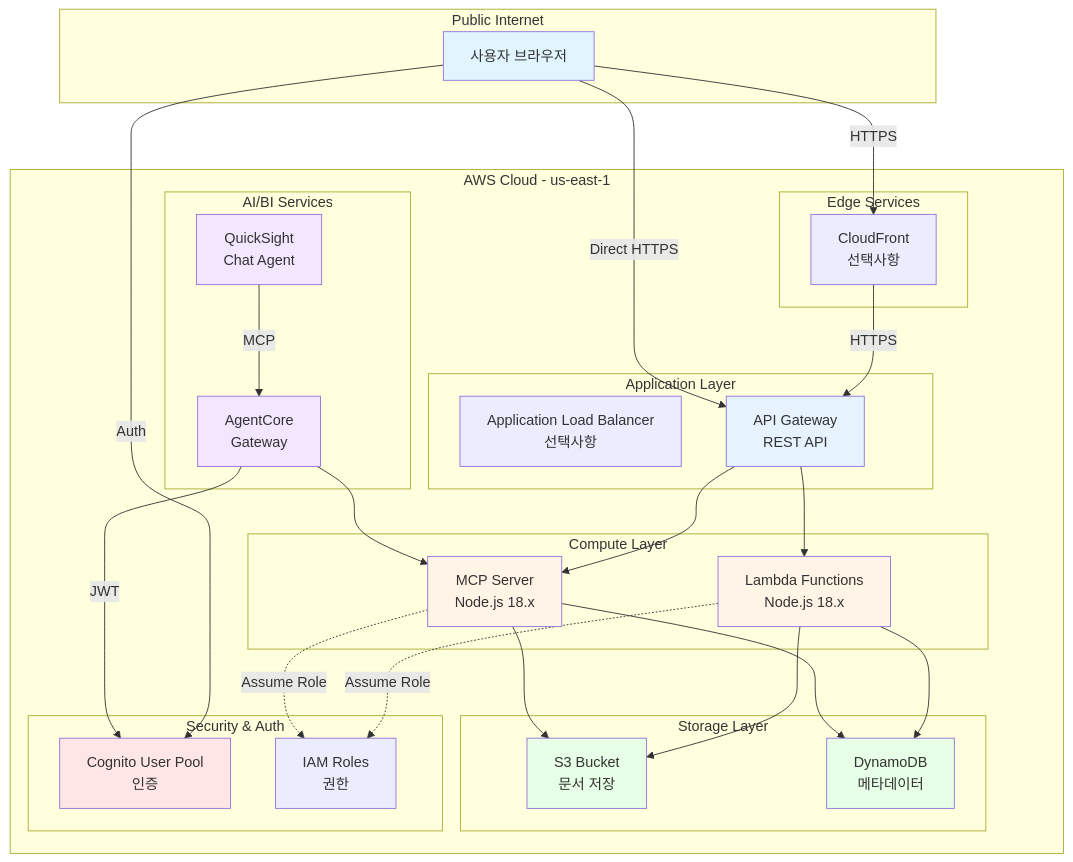
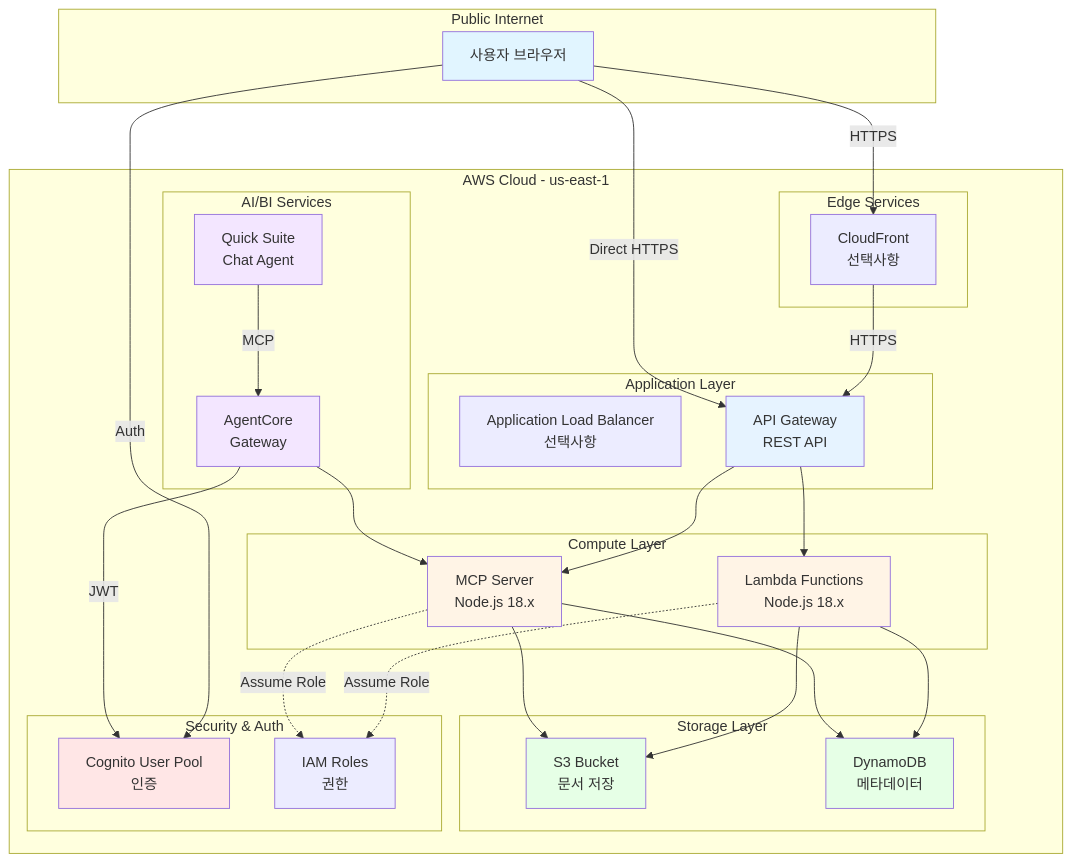
One commit to ironpe/architecture-review-using-quicksuite-chatagent-embeding changed the seventh of 9 diagrams in docs/ARCHITECTURE.md. Above: the diagram before and after it, drawn with Mermaid. The commit also changed other lines of this file, not shown here.

Commit message:
docs: rename QuickSight to Quick Suite in ARCHITECTURE.md

````diff
--- a/docs/ARCHITECTURE.md
+++ b/docs/ARCHITECTURE.md
@@ -281,67 +281,67 @@
 ```mermaid
 graph TB
     subgraph "Public Internet"
         Browser[사용자 브라우저]
     end
 
     subgraph "AWS Cloud - us-east-1"
         subgraph "Edge Services"
             CloudFront[CloudFront<br/>선택사항]
         end
 
         subgraph "Application Layer"
             ALB[Application Load Balancer<br/>선택사항]
             APIGW[API Gateway<br/>REST API]
         end
 
         subgraph "Compute Layer"
             Lambda1[Lambda Functions<br/>Node.js 18.x]
             Lambda2[MCP Server<br/>Node.js 18.x]
         end
 
         subgraph "Storage Layer"
             S3[S3 Bucket<br/>문서 저장]
             DDB[DynamoDB<br/>메타데이터]
         end
 
         subgraph "Security & Auth"
             Cognito[Cognito User Pool<br/>인증]
             IAM[IAM Roles<br/>권한]
         end
 
         subgraph "AI/BI Services"
-            QS[QuickSight<br/>Chat Agent]
+            QS[Quick Suite<br/>Chat Agent]
             AC[AgentCore<br/>Gateway]
         end
     end
 
     Browser -->|HTTPS| CloudFront
     CloudFront -->|HTTPS| APIGW
     Browser -->|Direct HTTPS| APIGW
     
     APIGW --> Lambda1
     APIGW --> Lambda2
     
     Lambda1 --> S3
     Lambda1 --> DDB
     Lambda2 --> S3
     Lambda2 --> DDB
     
     Lambda1 -.->|Assume Role| IAM
     Lambda2 -.->|Assume Role| IAM
     
     Browser -->|Auth| Cognito
     QS -->|MCP| AC
     AC -->|JWT| Cognito
     AC --> Lambda2
 
     style Browser fill:#e1f5ff
     style APIGW fill:#e6f3ff
     style Lambda1 fill:#fff4e6
     style Lambda2 fill:#fff4e6
     style S3 fill:#e6ffe6
     style DDB fill:#e6ffe6
     style Cognito fill:#ffe6e6
     style QS fill:#f3e6ff
     style AC fill:#f3e6ff
 ```
````
